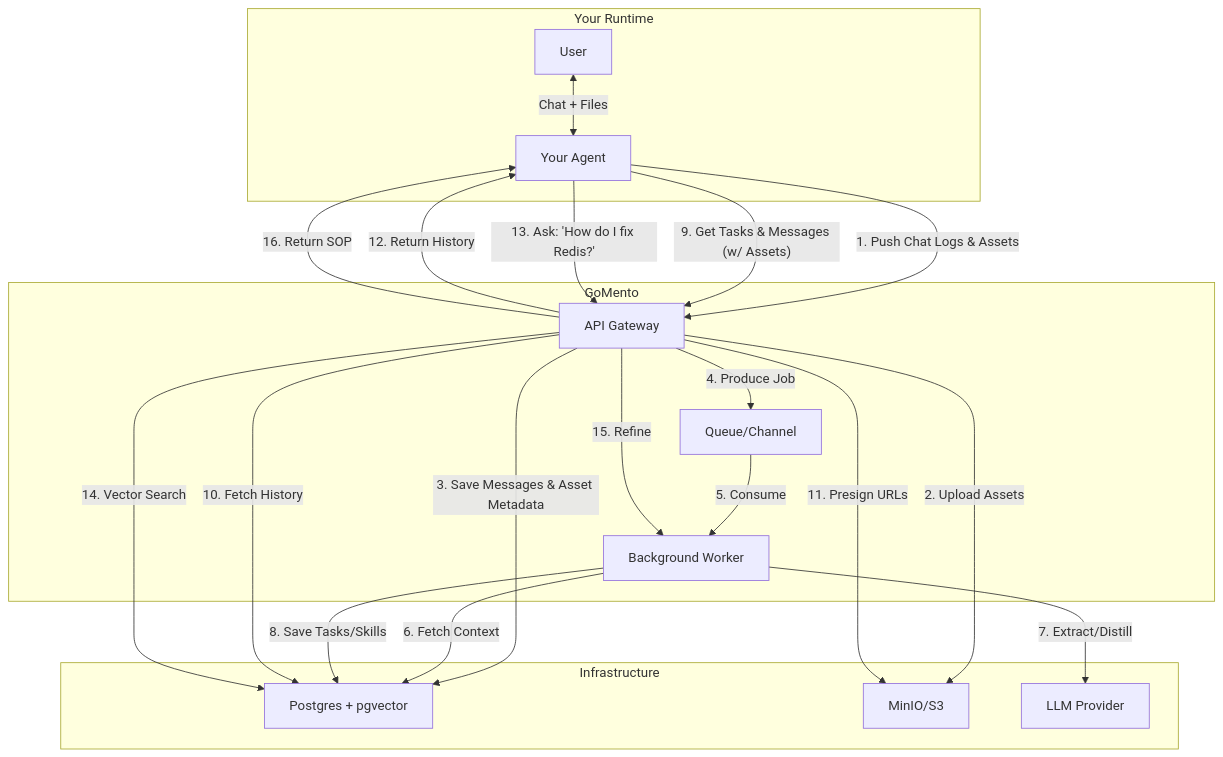
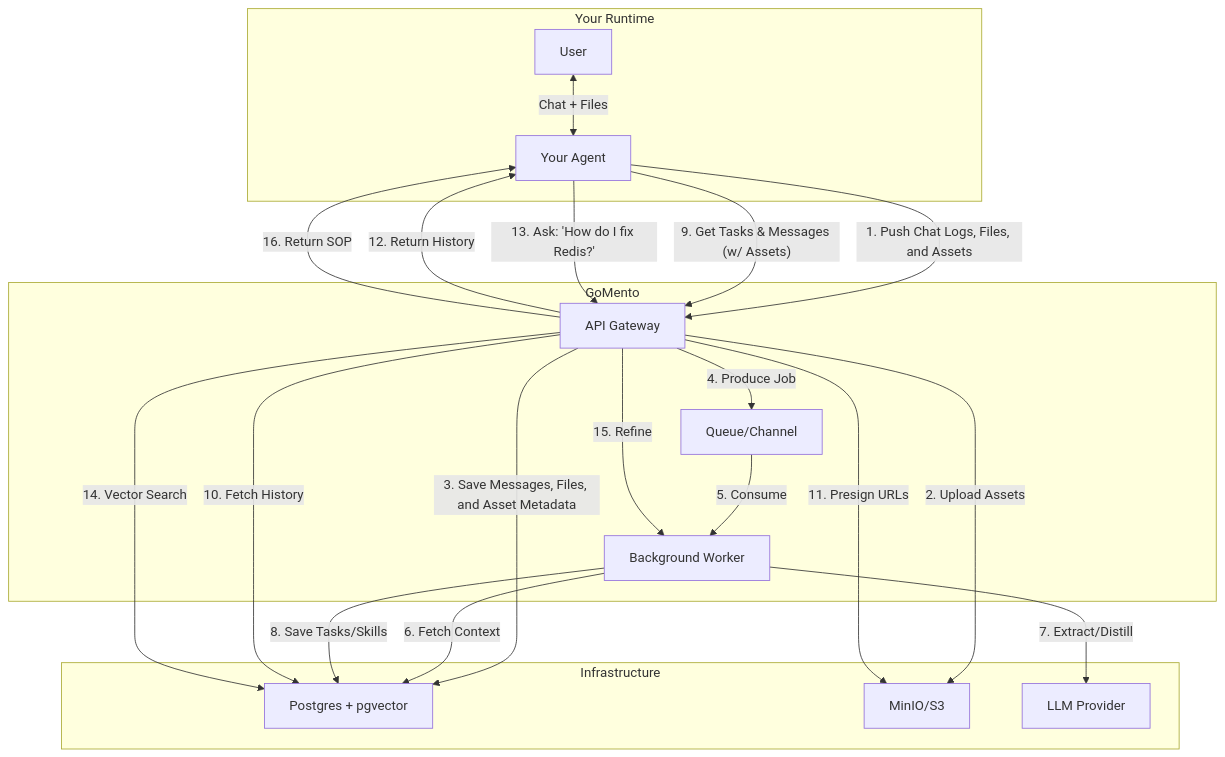
One commit to w-h-a/gomento changed the first of 2 diagrams in README.md. Above: the diagram before and after it, drawn with Mermaid. The commit also changed other lines of this file, not shown here.

````diff
--- a/README.md
+++ b/README.md
@@ -23,42 +23,42 @@
 ```mermaid
 graph TD
     subgraph "Your Runtime"
         User[User] <-->|Chat + Files| Agent[Your Agent]
     end
 
     subgraph "GoMento"
         API[API Gateway]
         Queue[Queue/Channel]
         Worker[Background Worker]
     end
 
     subgraph "Infrastructure"
         Postgres[Postgres + pgvector]
         MinIO[MinIO/S3]
         LLM[LLM Provider]
     end
 
     %% Flow 1: Storing Context
-    Agent -- "1. Push Chat Logs & Assets" --> API
+    Agent -- "1. Push Chat Logs, Files, and Assets" --> API
     API -- "2. Upload Assets" --> MinIO
-    API -- "3. Save Messages & Asset Metadata" --> Postgres
+    API -- "3. Save Messages, Files, and Asset Metadata" --> Postgres
     API -- "4. Produce Job" --> Queue
     
     %% Flow 2: Interpretation
     Queue -- "5. Consume" --> Worker
     Worker -- "6. Fetch Context" --> Postgres
     Worker -- "7. Extract/Distill" --> LLM
     Worker -- "8. Save Tasks/Skills" --> Postgres
 
     %% Flow 3: Retrieval (Current Session History)
     Agent -- "9. Get Tasks & Messages (w/ Assets)" --> API
     API -- "10. Fetch History" --> Postgres
     API -- "11. Presign URLs" --> MinIO
     API -- "12. Return History" --> Agent
 
     %% Flow 4: Retrieval (Skills)
     Agent -- "13. Ask: 'How do I fix Redis?'" --> API
     API -- "14. Vector Search" --> Postgres
     API -- "15. Refine" --> Worker
     API -- "16. Return SOP" --> Agent
 ```
````
